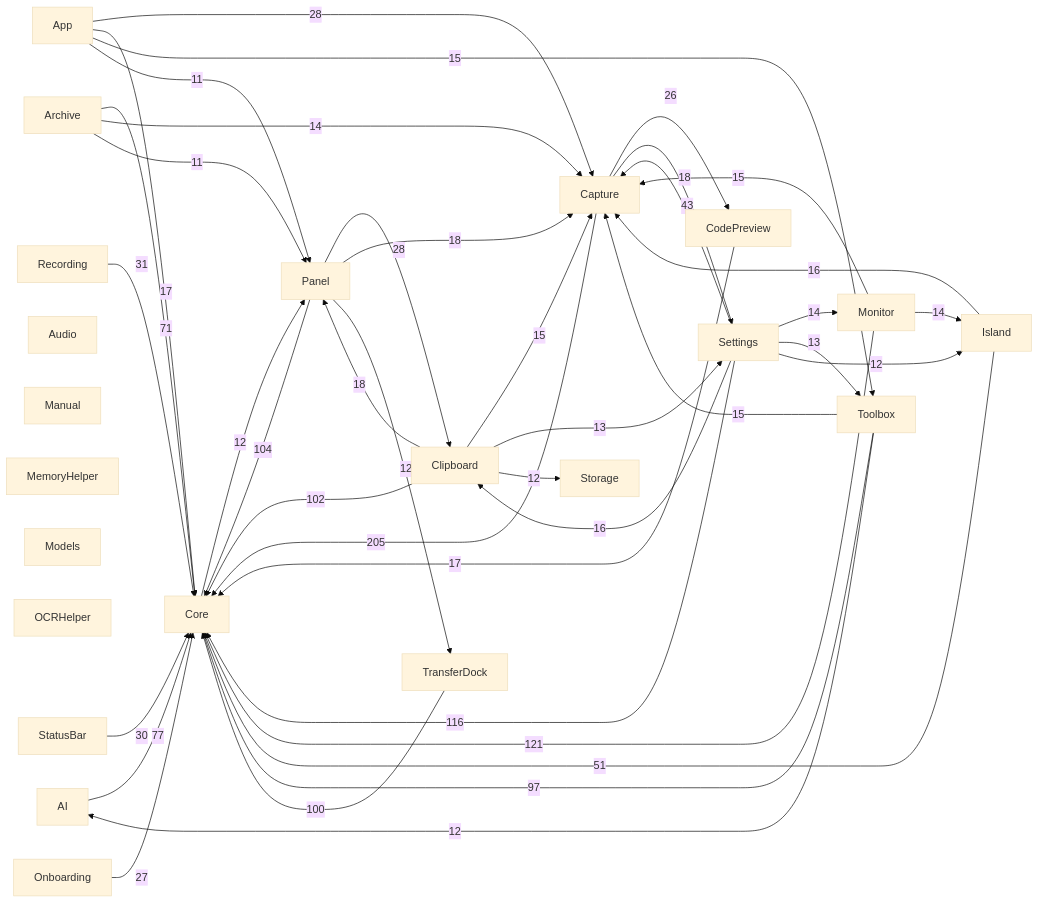
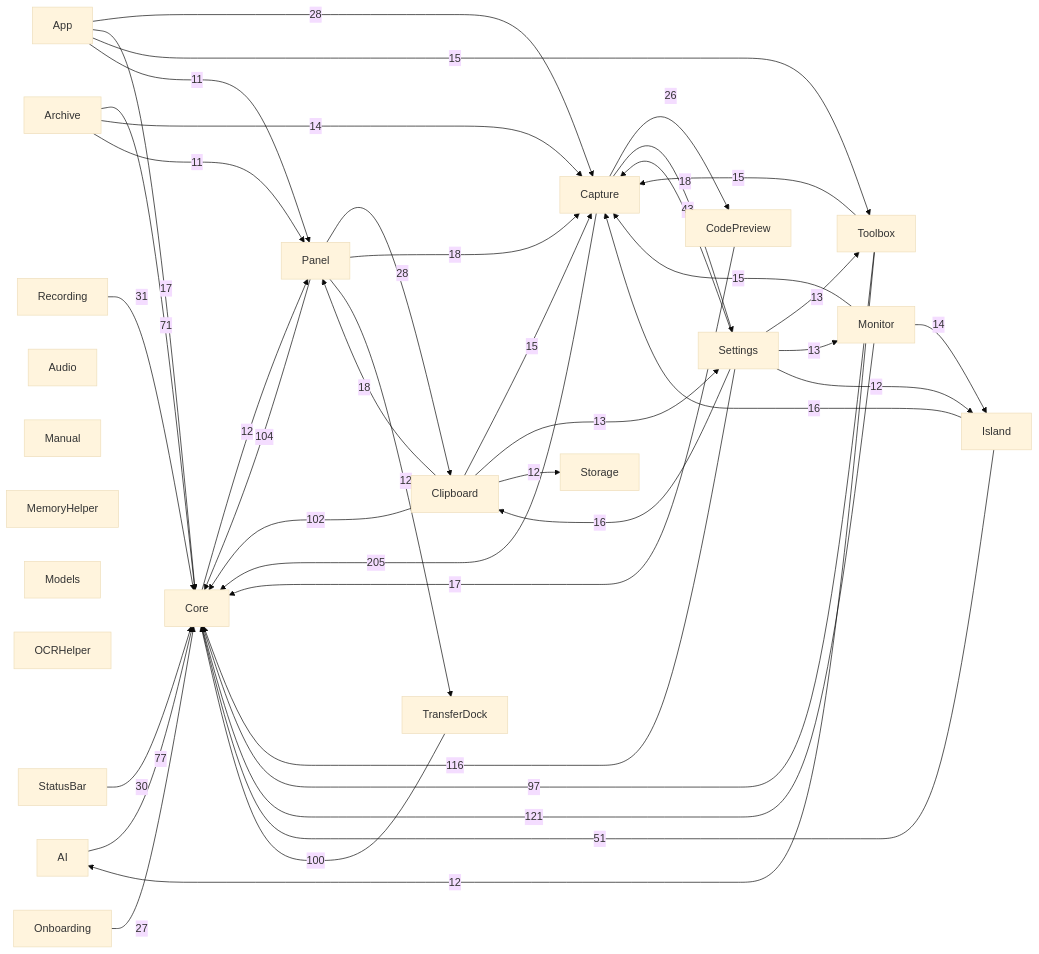
The diagram in docs/00-总览/模块依赖图.md (sxyq/Kitnest), drawn with Mermaid (base theme) before and after one commit. The commit also changed other lines of this file and 3 other files, not shown here.

````diff
--- a/docs/00-总览/模块依赖图.md
+++ b/docs/00-总览/模块依赖图.md
@@ -36,65 +36,65 @@
 ```mermaid
 flowchart LR
   M0["AI"]
   M1["App"]
   M2["Archive"]
   M3["Audio"]
   M4["Capture"]
   M5["Clipboard"]
   M6["CodePreview"]
   M7["Core"]
   M8["Island"]
   M9["Manual"]
   M10["MemoryHelper"]
   M11["Models"]
   M12["Monitor"]
   M13["OCRHelper"]
   M14["Onboarding"]
   M15["Panel"]
   M16["Recording"]
   M17["Settings"]
   M18["StatusBar"]
   M19["Storage"]
   M20["Toolbox"]
   M21["TransferDock"]
   M4 -->|205| M7
   M12 -->|121| M7
   M17 -->|116| M7
   M15 -->|104| M7
   M5 -->|102| M7
   M21 -->|100| M7
   M20 -->|97| M7
   M0 -->|77| M7
   M2 -->|71| M7
   M8 -->|51| M7
   M17 -->|43| M4
   M16 -->|31| M7
   M18 -->|30| M7
   M1 -->|28| M4
   M15 -->|28| M5
   M14 -->|27| M7
   M4 -->|26| M6
   M4 -->|18| M17
   M5 -->|18| M15
   M15 -->|18| M4
   M1 -->|17| M7
   M6 -->|17| M7
   M8 -->|16| M4
   M17 -->|16| M5
   M1 -->|15| M20
   M5 -->|15| M4
   M12 -->|15| M4
   M20 -->|15| M4
   M2 -->|14| M4
   M12 -->|14| M8
-  M17 -->|14| M12
   M5 -->|13| M17
   M17 -->|13| M20
+  M17 -->|13| M12
   M7 -->|12| M15
   M5 -->|12| M19
   M15 -->|12| M21
   M17 -->|12| M8
   M20 -->|12| M0
   M1 -->|11| M15
   M2 -->|11| M15
 ```
````
